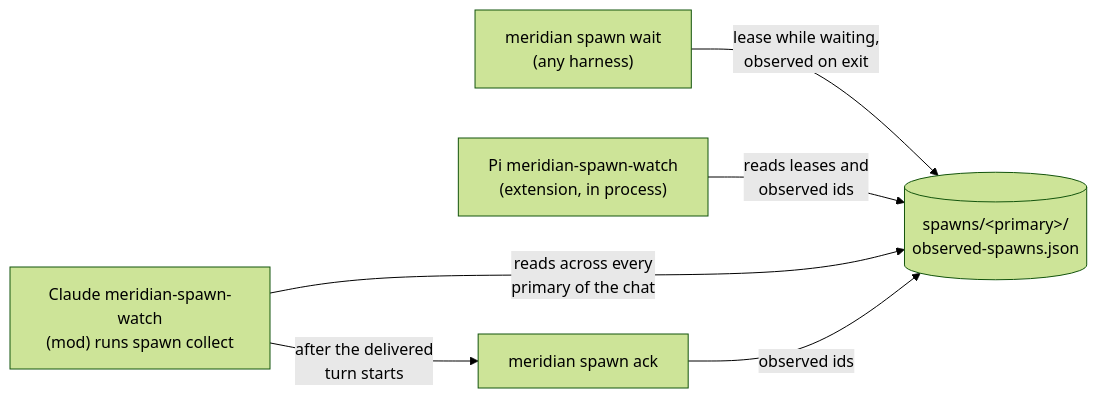
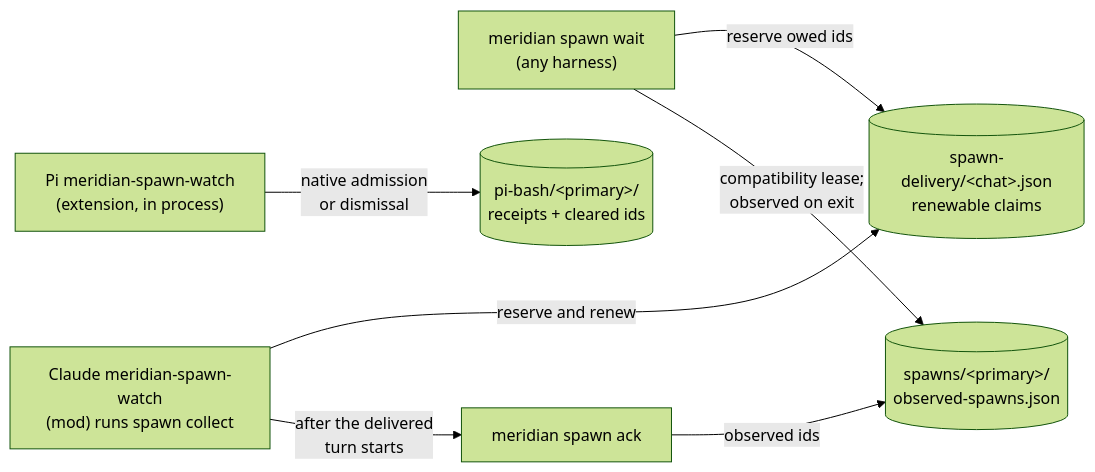
The first of 2 diagrams in kb/concepts/child-result-delivery.md (haowjy/meridian-cli-kb), drawn with Mermaid (forest theme) before and after one commit. The commit also changed other lines of this file and 4 other files, not shown here.

Commit message:
kb: record chat-scoped owed delivery

````diff
--- a/kb/concepts/child-result-delivery.md
+++ b/kb/concepts/child-result-delivery.md
@@ -18,13 +15,16 @@
 ```mermaid
 flowchart LR
     W["meridian spawn wait<br/>(any harness)"]
     P["Pi meridian-spawn-watch<br/>(extension, in process)"]
     C["Claude meridian-spawn-watch<br/>(mod) runs spawn collect"]
     A["meridian spawn ack"]
     O[("spawns/&lt;primary&gt;/<br/>observed-spawns.json")]
-    W -- "lease while waiting,<br/>observed on exit" --> O
-    P -- "reads leases and<br/>observed ids" --> O
-    C -- "reads across every<br/>primary of the chat" --> O
+    R[("pi-bash/&lt;primary&gt;/<br/>receipts + cleared ids")]
+    Q[("spawn-delivery/&lt;chat&gt;.json<br/>renewable claims")]
+    W -- "reserve owed ids" --> Q
+    C -- "reserve and renew" --> Q
+    W -- "compatibility lease;<br/>observed on exit" --> O
+    P -- "native admission<br/>or dismissal" --> R
     C -- "after the delivered<br/>turn starts" --> A
     A -- "observed ids" --> O
 ```
````
